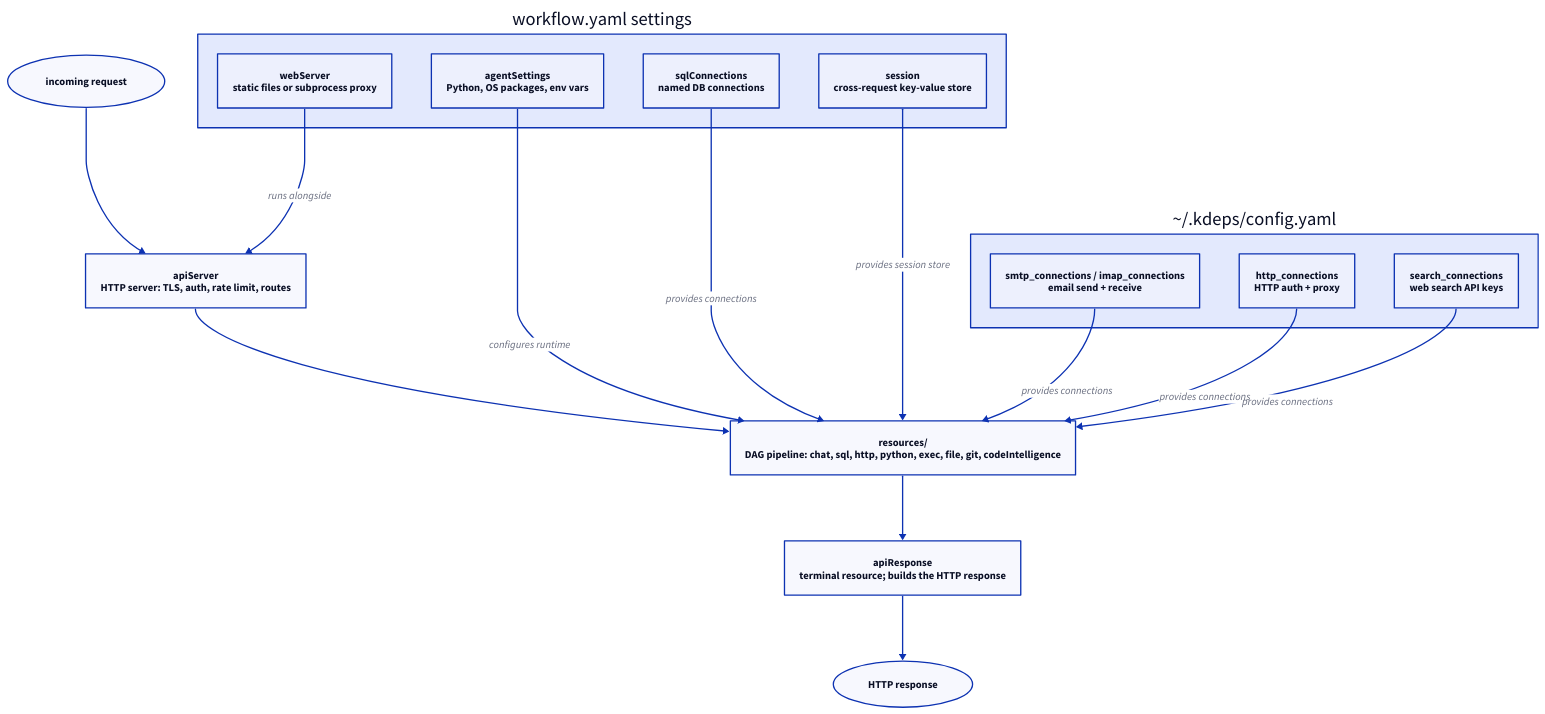
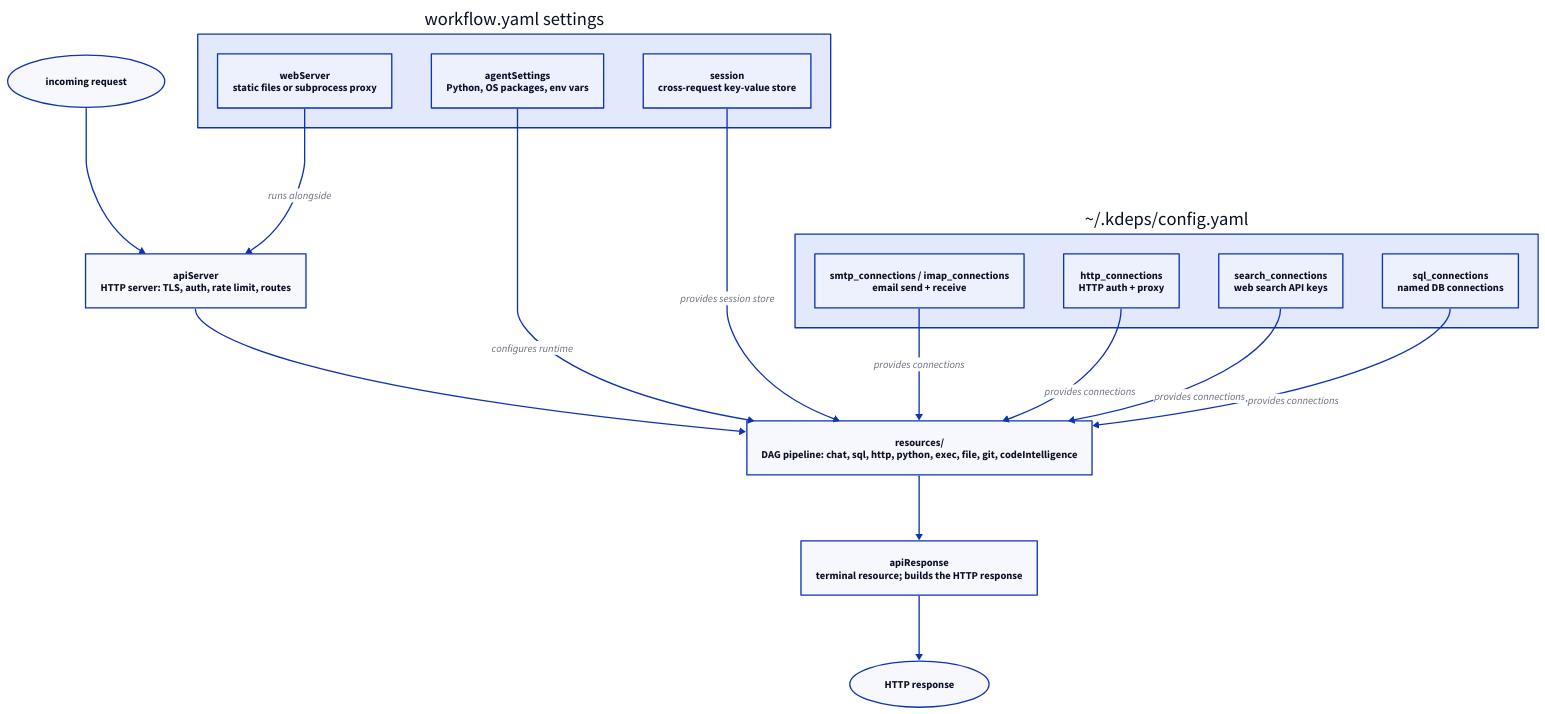
Before and after one commit to kdeps/kdeps: the diagram in docs/v2/workflow/configuration.md, drawn with D2. The commit also changed other lines of this file and 85 other files, not shown here.

````diff
--- a/docs/v2/workflow/configuration.md
+++ b/docs/v2/workflow/configuration.md
@@ -7,32 +7,32 @@
 ```d2
 direction: down
 
 A: incoming request {shape: oval}
 B: "apiServer\nHTTP server: TLS, auth, rate limit, routes"
 C: "resources/\nDAG pipeline: chat, sql, http, python, exec, file, git, codeIntelligence"
 D: "apiResponse\nterminal resource; builds the HTTP response"
 E: HTTP response {shape: oval}
 
 A -> B -> C -> D -> E
 
 settings: workflow.yaml settings {
   B2: "webServer\nstatic files or subprocess proxy"
   B3: "agentSettings\nPython, OS packages, env vars"
-  B4: "sqlConnections\nnamed DB connections"
   B5: "session\ncross-request key-value store"
 }
 
 global: "~/.kdeps/config.yaml" {
   G1: "smtp_connections / imap_connections\nemail send + receive"
   G2: "http_connections\nHTTP auth + proxy"
   G3: "search_connections\nweb search API keys"
+  G4: "sql_connections\nnamed DB connections"
 }
 
 settings.B3 -> C: configures runtime
-settings.B4 -> C: provides connections
 settings.B5 -> C: provides session store
 settings.B2 -> B: runs alongside
 global.G1 -> C: provides connections
 global.G2 -> C: provides connections
 global.G3 -> C: provides connections
+global.G4 -> C: provides connections
 ```
````
